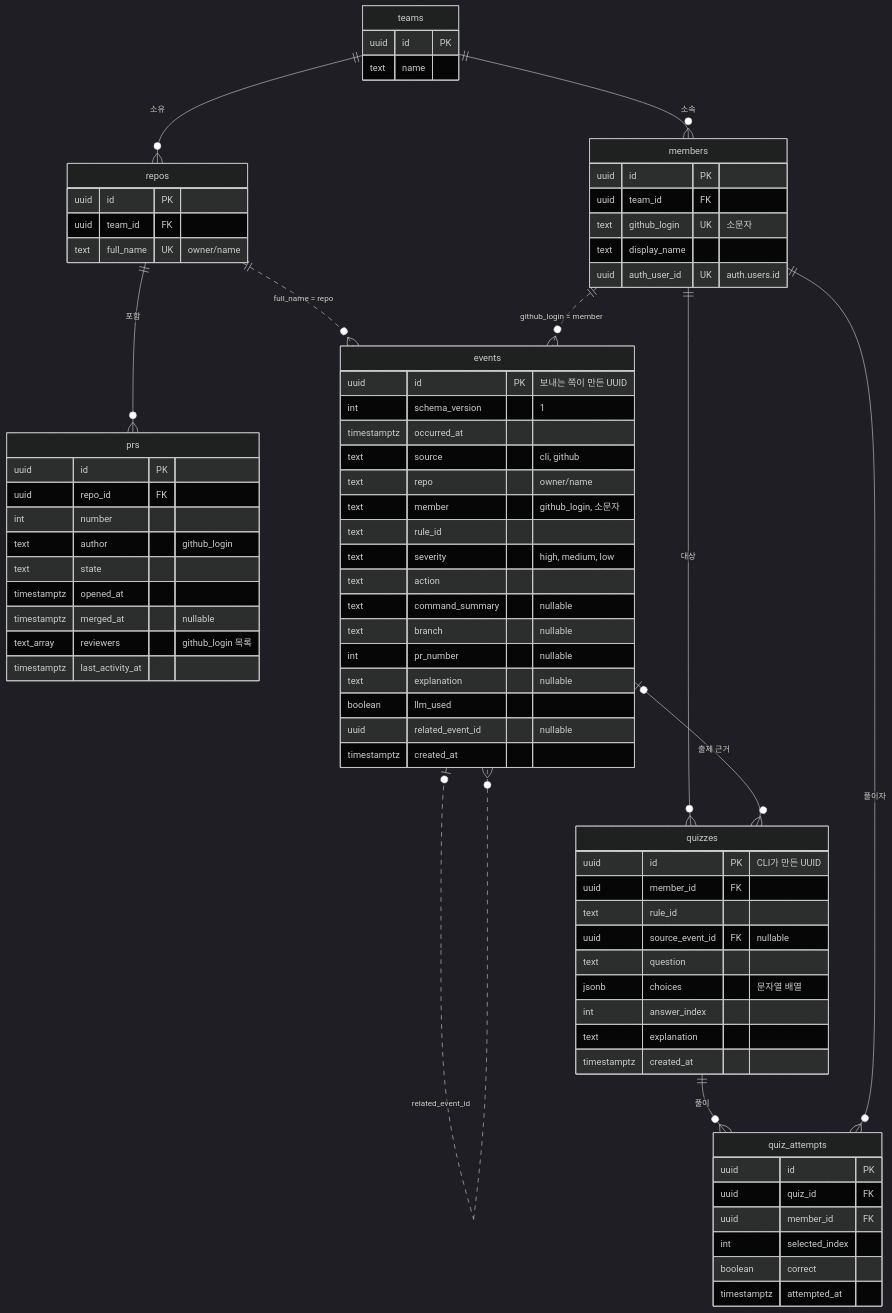
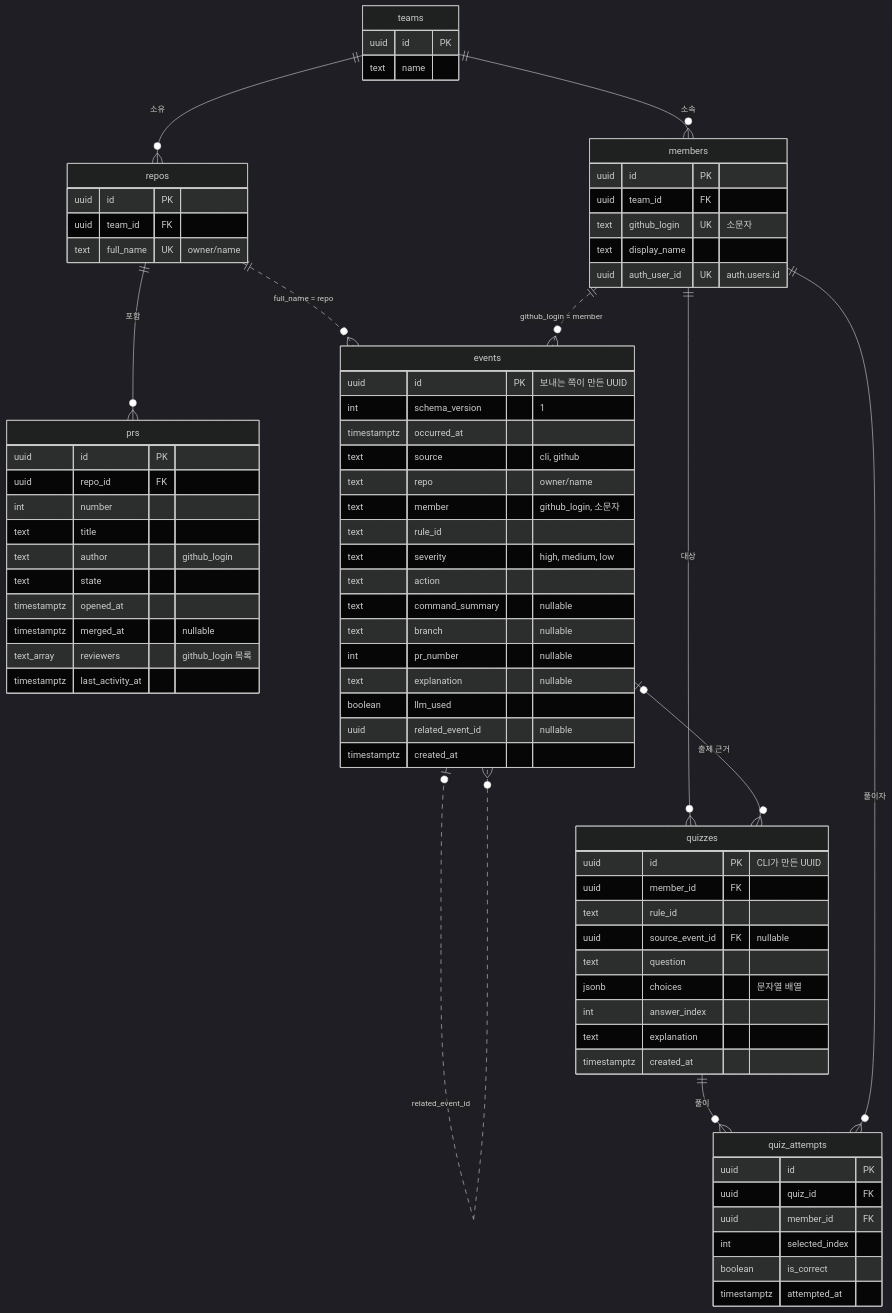
One commit to enryu0210/Github_Supervisor_Learning_Program changed the diagram in docs/db/ERD.md. Above: the diagram before and after it, drawn with Mermaid (dark theme). The commit also changed other lines of this file, not shown here.

First line of the commit message:
docs(db): PR #12 리뷰 suggestion 반영 (prs.title, is_correct, 뷰 변환 규칙)

````diff
--- a/docs/db/ERD.md
+++ b/docs/db/ERD.md
@@ -11,78 +11,79 @@
 ```mermaid
 erDiagram
     teams ||--o{ repos : "소유"
     teams ||--o{ members : "소속"
     repos ||--o{ prs : "포함"
     repos ||..o{ events : "full_name = repo"
     members ||..o{ events : "github_login = member"
     events |o..o{ events : "related_event_id"
     members ||--o{ quizzes : "대상"
     events |o--o{ quizzes : "출제 근거"
     quizzes ||--o{ quiz_attempts : "풀이"
     members ||--o{ quiz_attempts : "풀이자"
 
     teams {
         uuid id PK
         text name
     }
     members {
         uuid id PK
         uuid team_id FK
         text github_login UK "소문자"
         text display_name
         uuid auth_user_id UK "auth.users.id"
     }
     repos {
         uuid id PK
         uuid team_id FK
         text full_name UK "owner/name"
     }
     prs {
         uuid id PK
         uuid repo_id FK
         int number
+        text title
         text author "github_login"
         text state
         timestamptz opened_at
         timestamptz merged_at "nullable"
         text_array reviewers "github_login 목록"
         timestamptz last_activity_at
     }
     events {
         uuid id PK "보내는 쪽이 만든 UUID"
         int schema_version "1"
         timestamptz occurred_at
         text source "cli, github"
         text repo "owner/name"
         text member "github_login, 소문자"
         text rule_id
         text severity "high, medium, low"
         text action
         text command_summary "nullable"
         text branch "nullable"
         int pr_number "nullable"
         text explanation "nullable"
         boolean llm_used
         uuid related_event_id "nullable"
         timestamptz created_at
     }
     quizzes {
         uuid id PK "CLI가 만든 UUID"
         uuid member_id FK
         text rule_id
         uuid source_event_id FK "nullable"
         text question
         jsonb choices "문자열 배열"
         int answer_index
         text explanation
         timestamptz created_at
     }
     quiz_attempts {
         uuid id PK
         uuid quiz_id FK
         uuid member_id FK
         int selected_index
-        boolean correct
+        boolean is_correct
         timestamptz attempted_at
     }
 ```
````
